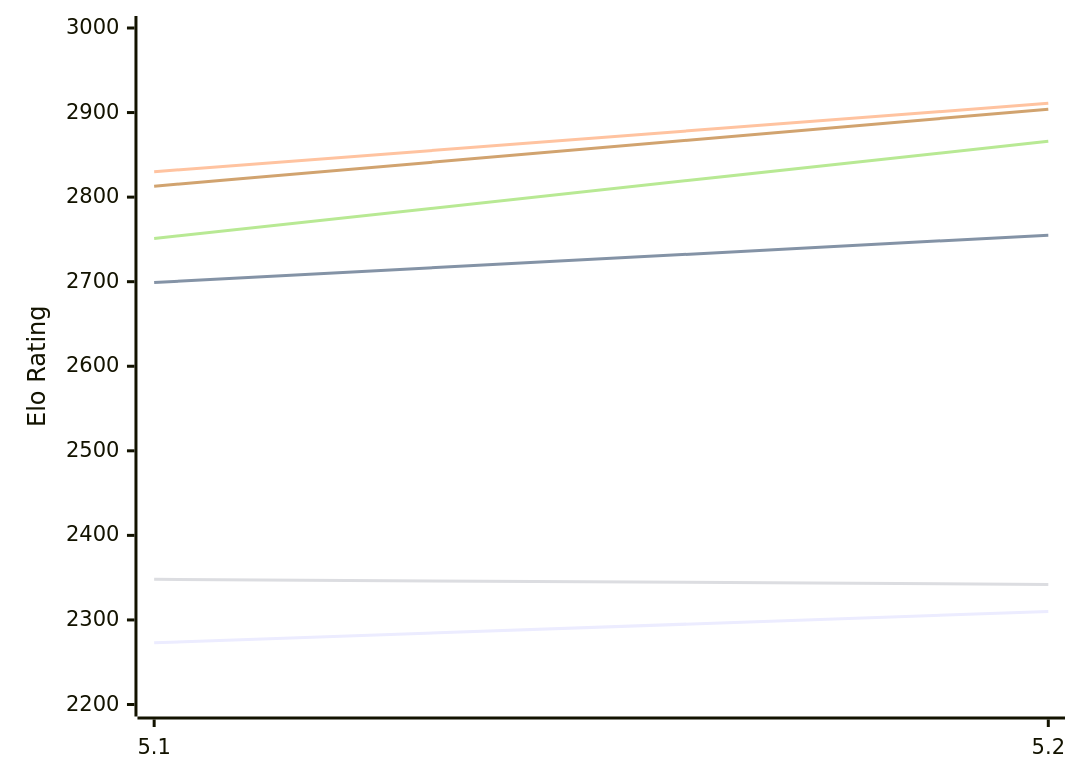
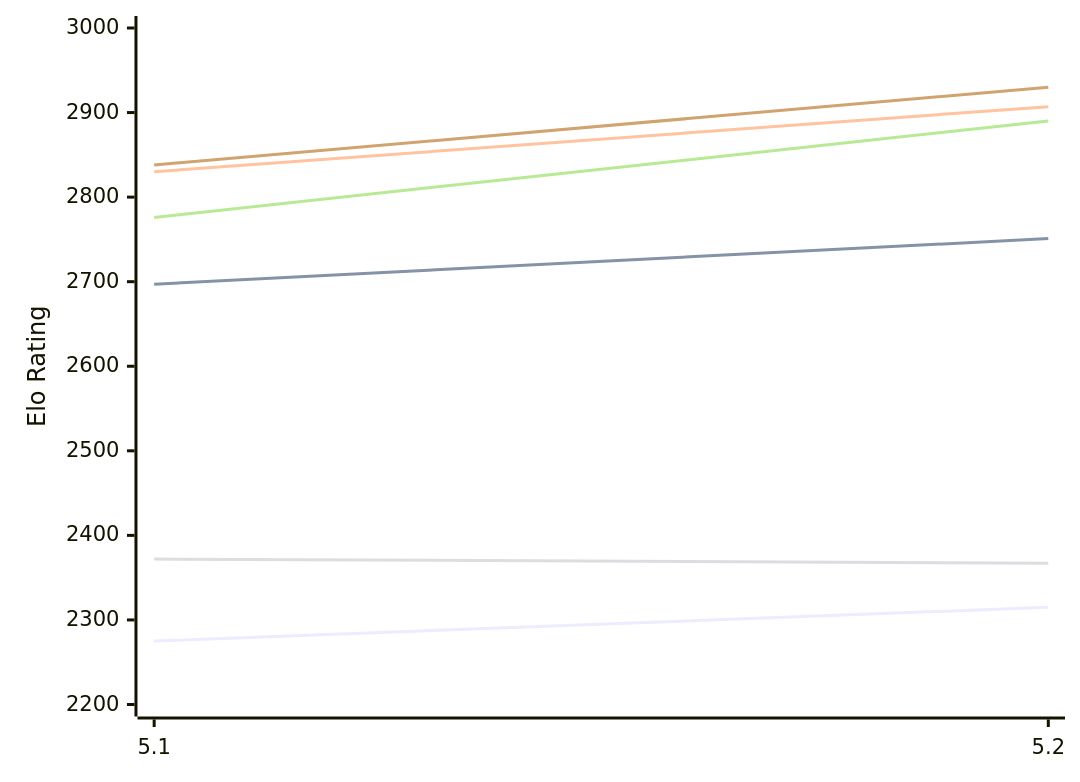
One commit to computer-chess-index/cci changed the first of 2 diagrams in engines/Dorky.md. Above: the diagram before and after it, drawn with Mermaid. The commit also changed other lines of this file, not shown here.

Commit message:
Update CCI Ratings (ELO VLTC) - 2026-11-04

````diff
--- a/engines/Dorky.md
+++ b/engines/Dorky.md
@@ -50,12 +50,12 @@
 ```mermaid
 %%{init: {"theme":"base","themeVariables":{"seriesColors:['#a3a3a3','#222221','#faa371']}}}%%
 xychart-beta
   x-axis ["5.1", "5.2"]
   y-axis "Elo Rating" 2200 --> 3000
-  line "E1: STC (8.0+0.08s)" [2273, 2310]
-  line "E1: LTC (60.0+0.60s)" [2699, 2755]
-  line "E1: VLTC (2m24s+1.12s)" [2830, 2911]
-  line "P1: STC (8.0+0.08s)" [2348, 2342]
-  line "P1: LTC (60.0+0.60s)" [2751, 2866]
-  line "P1: VLTC (2m24s+1.12s)" [2813, 2904]
+  line "E1: STC (8.0+0.08s)" [2275, 2315]
+  line "E1: LTC (60.0+0.60s)" [2697, 2751]
+  line "E1: VLTC (2m24s+1.12s)" [2830, 2907]
+  line "P1: STC (8.0+0.08s)" [2372, 2367]
+  line "P1: LTC (60.0+0.60s)" [2776, 2890]
+  line "P1: VLTC (2m24s+1.12s)" [2838, 2930]
 ```
````
